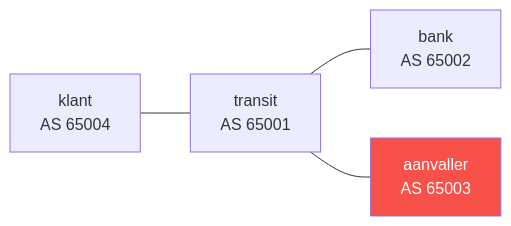
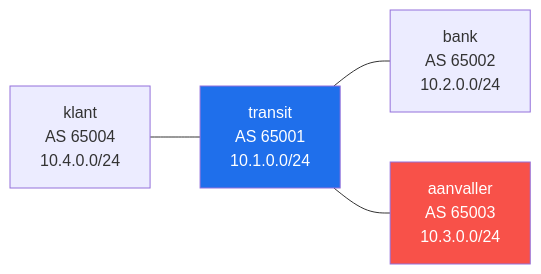
The first of 3 diagrams in README.md (c1nq/mini-internet), drawn with Mermaid before and after one commit. The commit also changed other lines of this file and 320002 other files, not shown here.

````diff
--- a/README.md
+++ b/README.md
@@ -19,7 +48,8 @@
 ```mermaid
 graph LR
-    klant["klant<br>AS 65004"] --- transit["transit<br>AS 65001"]
-    transit --- bank["bank<br>AS 65002"]
-    transit --- aanvaller["aanvaller<br>AS 65003"]
+    klant["klant<br>AS 65004<br>10.4.0.0/24"] --- transit["transit<br>AS 65001<br>10.1.0.0/24"]
+    transit --- bank["bank<br>AS 65002<br>10.2.0.0/24"]
+    transit --- aanvaller["aanvaller<br>AS 65003<br>10.3.0.0/24"]
     style aanvaller fill:#f85149,color:#fff
+    style transit fill:#1f6feb,color:#fff
 ```
````
